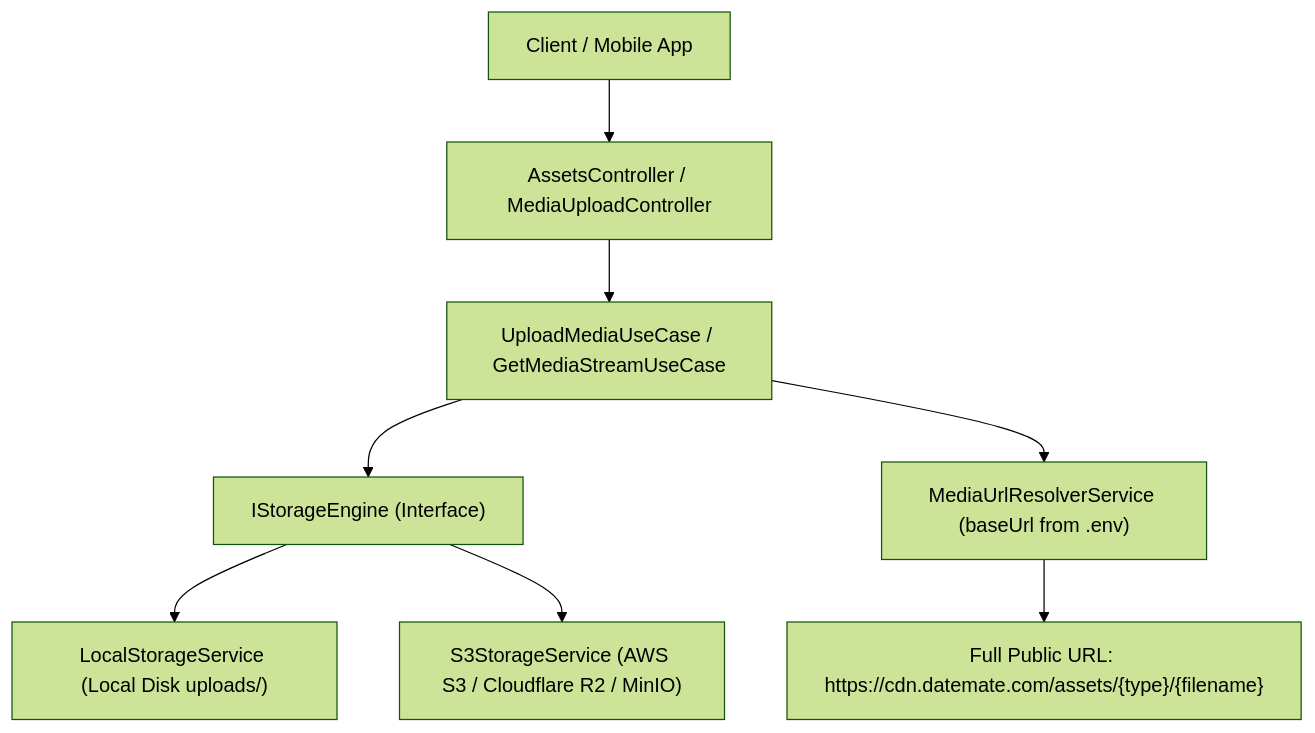
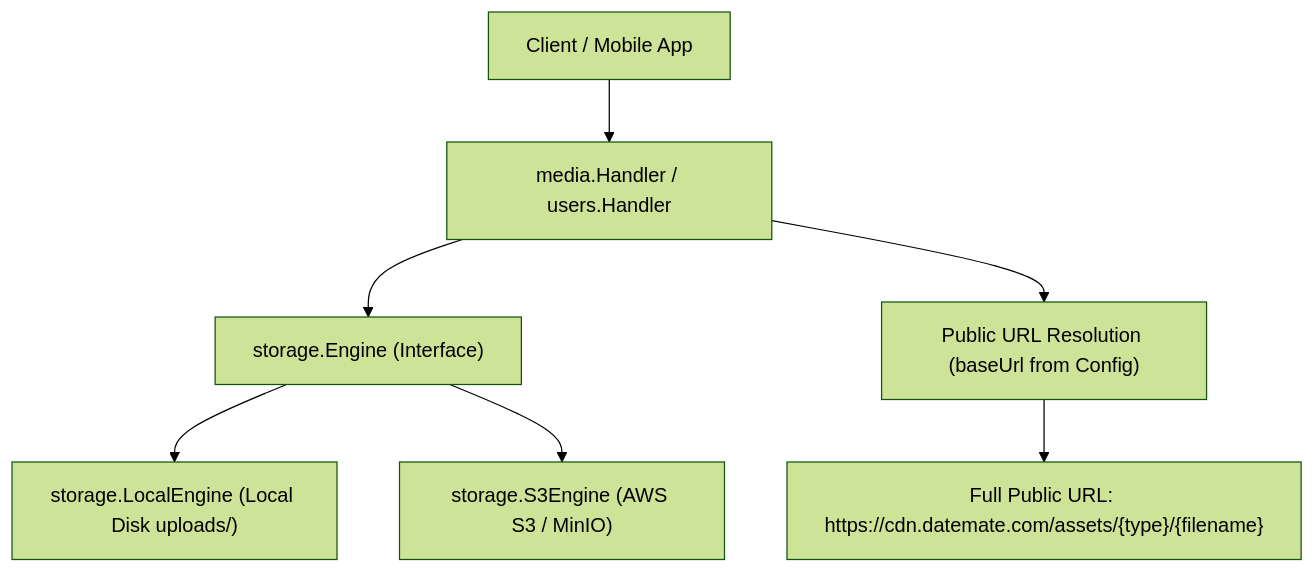
One commit to kordeviant/datemate-slim changed the diagram in ARCHITECTURE.md. Above: the diagram before and after it, drawn with Mermaid (forest theme). The commit also changed other lines of this file and 10 other files, not shown here.

First line of the commit message:
docs: synchronize architecture and deployment guides with Go modular monolith

````diff
--- a/ARCHITECTURE.md
+++ b/ARCHITECTURE.md
@@ -49,10 +49,9 @@
 ```mermaid
 flowchart TD
-    Client["Client / Mobile App"] --> Controller["AssetsController / MediaUploadController"]
-    Controller --> UseCase["UploadMediaUseCase / GetMediaStreamUseCase"]
-    UseCase --> Engine["IStorageEngine (Interface)"]
-    Engine --> LocalStorage["LocalStorageService (Local Disk uploads/)"]
-    Engine --> S3Storage["S3StorageService (AWS S3 / Cloudflare R2 / MinIO)"]
-    UseCase --> UrlResolver["MediaUrlResolverService (baseUrl from .env)"]
+    Client["Client / Mobile App"] --> Handler["media.Handler / users.Handler"]
+    Handler --> Engine["storage.Engine (Interface)"]
+    Engine --> LocalStorage["storage.LocalEngine (Local Disk uploads/)"]
+    Engine --> S3Storage["storage.S3Engine (AWS S3 / MinIO)"]
+    Handler --> UrlResolver["Public URL Resolution (baseUrl from Config)"]
     UrlResolver --> PublicUrl["Full Public URL: https://cdn.datemate.com/assets/{type}/{filename}"]
 ```
````
